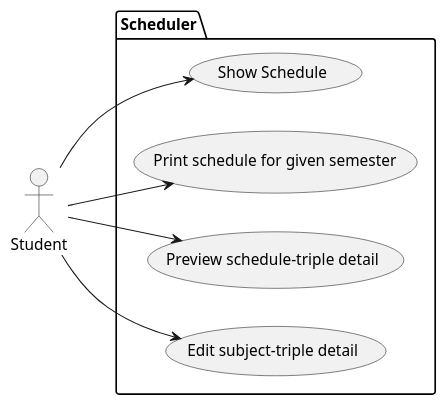
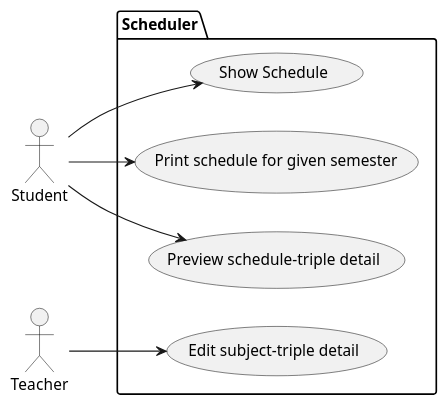
Before and after one commit to schafric/MFF-NSWI041: the diagram in 1/seminar-work.md, drawn with PlantUML.

Commit message:
[round 1] introduce actor teacher

````diff
--- a/1/seminar-work.md
+++ b/1/seminar-work.md
@@ -208,16 +208,17 @@
 ```plantuml
 @startuml
 left to right direction
 actor Student as s
+actor Teacher as t
 package Scheduler {
   usecase "Show Schedule" as UC1
   usecase "Print schedule for given semester" as UC2
   usecase "Preview schedule-triple detail" as UC3
   usecase "Edit subject-triple detail" as UC4
 }
 s --> UC1
 s --> UC2
 s --> UC3
-s --> UC4
+t --> UC4
 @enduml
 ```
````
